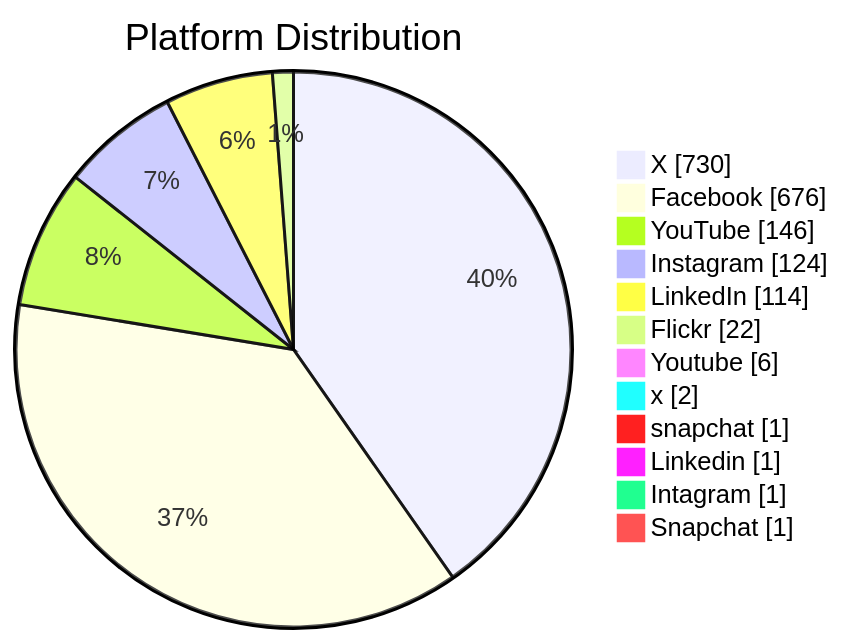
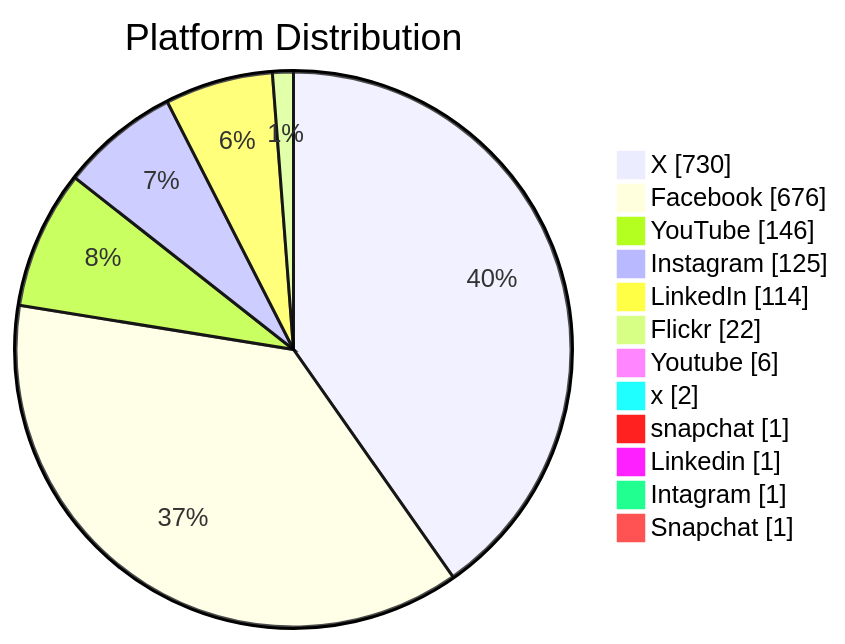
Before and after one commit to PatLittle/GC-Socials: the second of 6 diagrams in README.md, drawn with Mermaid. The commit also changed other lines of this file, not shown here.

Commit message:
Update README with Platform Distribution pie chart

````diff
--- a/README.md
+++ b/README.md
@@ -45,15 +45,15 @@
 ```mermaid
 pie showData title Platform Distribution
     "X": 730
     "Facebook": 676
     "YouTube": 146
-    "Instagram": 124
+    "Instagram": 125
     "LinkedIn": 114
     "Flickr": 22
     "Youtube": 6
     "x": 2
     "snapchat": 1
     "Linkedin": 1
     "Intagram": 1
     "Snapchat": 1
 ```
````
